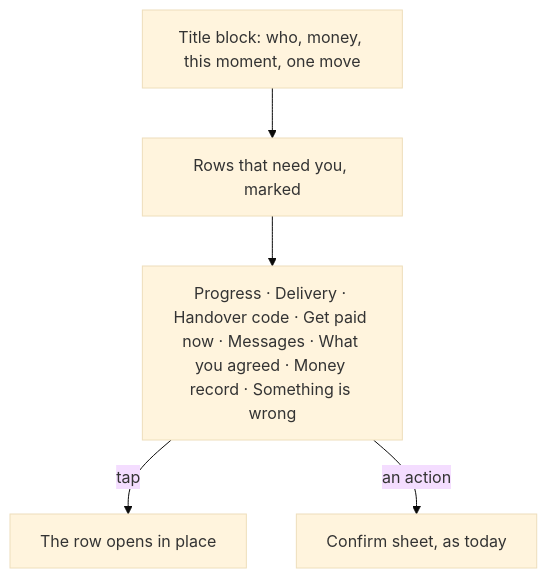
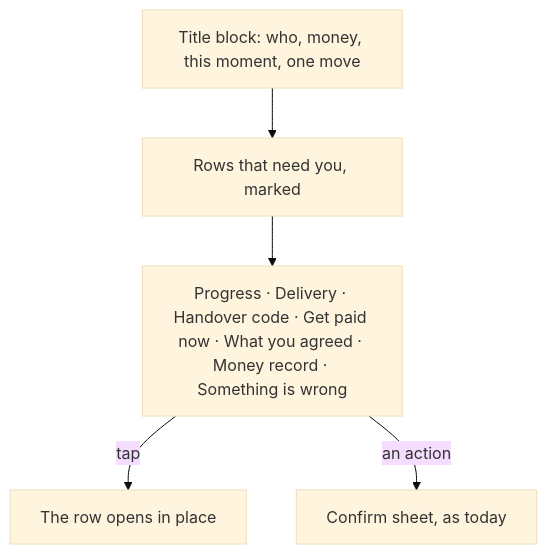
The diagram in docs/architecture/43-calm-deal-page.md (Iziedking/Karwan), drawn with Mermaid (base theme) before and after one commit. The commit also changed other lines of this file and 5 other files, not shown here.

````diff
--- a/docs/architecture/43-calm-deal-page.md
+++ b/docs/architecture/43-calm-deal-page.md
@@ -15,7 +15,7 @@
 ```mermaid
 flowchart TD
   T["Title block: who, money, this moment, one move"] --> A["Rows that need you, marked"]
-  A --> R["Progress · Delivery · Handover code · Get paid now · Messages · What you agreed · Money record · Something is wrong"]
+  A --> R["Progress · Delivery · Handover code · Get paid now · What you agreed · Money record · Something is wrong"]
   R -->|tap| O["The row opens in place"]
   R -->|an action| S["Confirm sheet, as today"]
 ```
````
